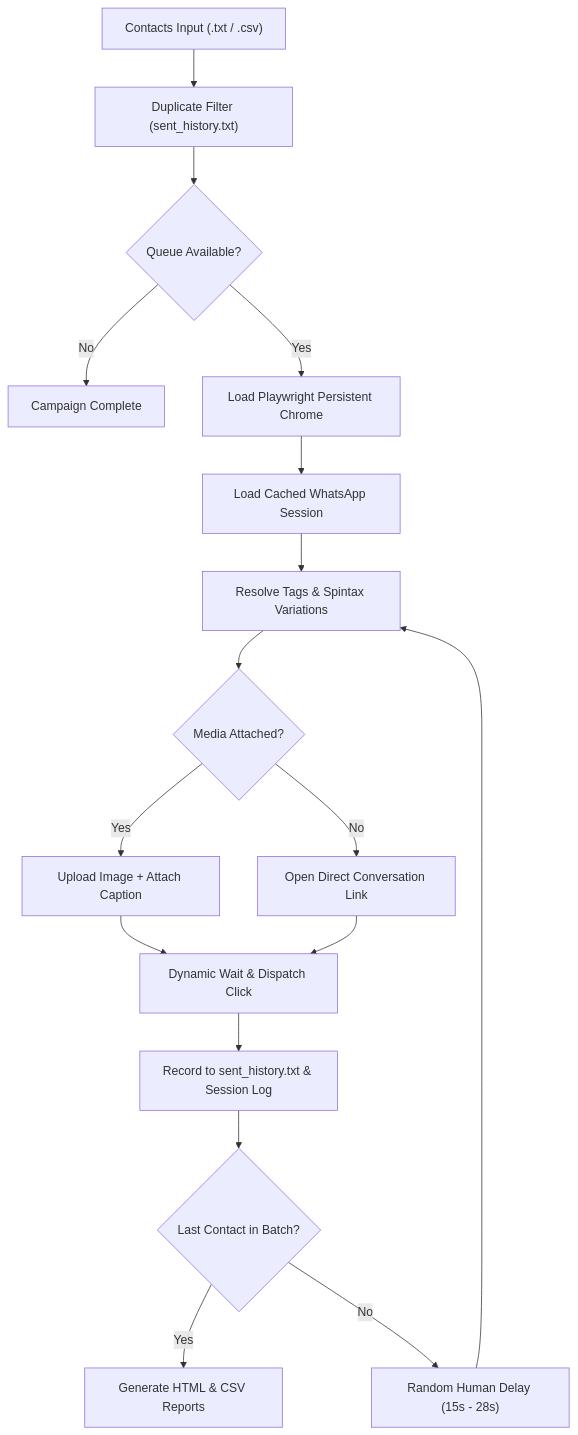
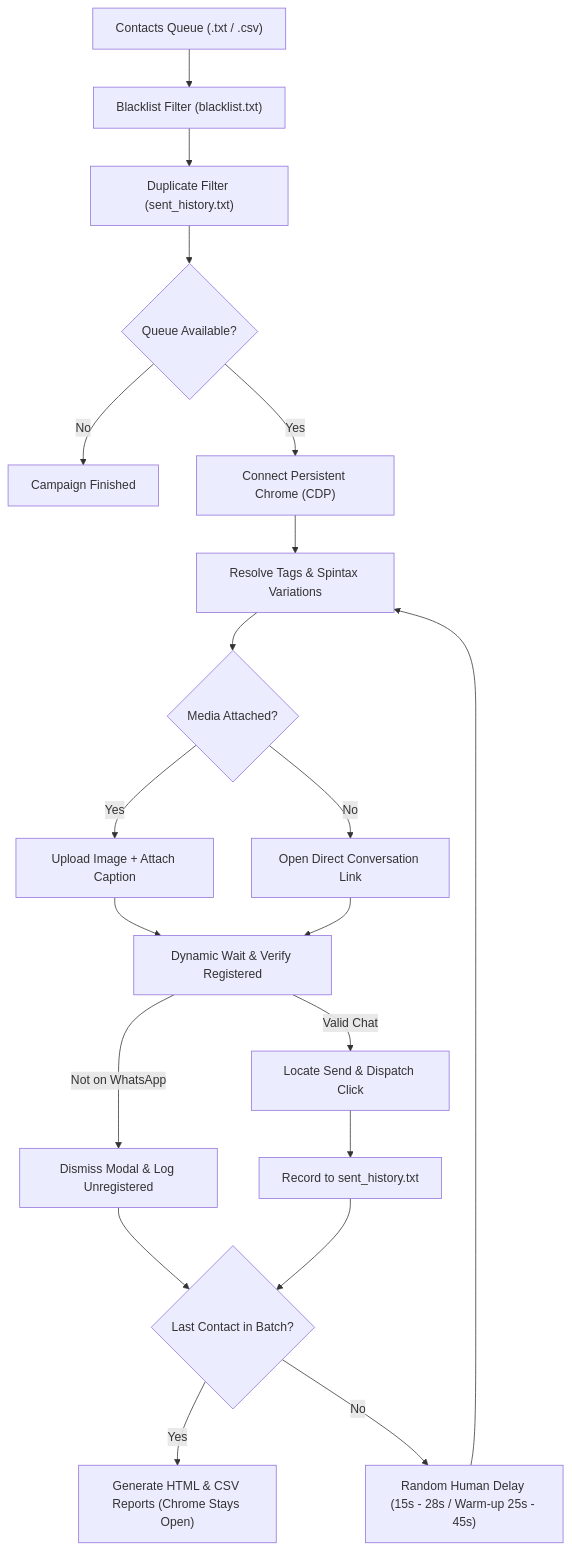
Before and after one commit to sadmandied/whatsapp-outreach-engine: the diagram in README.md, drawn with Mermaid. The commit also changed other lines of this file and 9 other files, not shown here.

Commit message:
feat: add template presets, blacklist filter, lead cleaner, multi-account, scheduler, and warmup mode

````diff
--- a/README.md
+++ b/README.md
@@ -46,19 +52,22 @@
 ```mermaid
 flowchart TD
-    A["Contacts Input (.txt / .csv)"] --> B["Duplicate Filter (sent_history.txt)"]
-    B --> C{"Queue Available?"}
-    C -- No --> D["Campaign Complete"]
-    C -- Yes --> E["Load Playwright Persistent Chrome"]
-    E --> F["Load Cached WhatsApp Session"]
+    A["Contacts Queue (.txt / .csv)"] --> B["Blacklist Filter (blacklist.txt)"]
+    B --> C["Duplicate Filter (sent_history.txt)"]
+    C --> D{"Queue Available?"}
+    D -- No --> E["Campaign Finished"]
+    D -- Yes --> F["Connect Persistent Chrome (CDP)"]
     F --> G["Resolve Tags & Spintax Variations"]
     G --> H{"Media Attached?"}
     H -- Yes --> I["Upload Image + Attach Caption"]
     H -- No --> J["Open Direct Conversation Link"]
-    I --> K["Dynamic Wait & Dispatch Click"]
+    I --> K["Dynamic Wait & Verify Registered"]
     J --> K
-    K --> L["Record to sent_history.txt & Session Log"]
-    L --> M{"Last Contact in Batch?"}
-    M -- Yes --> N["Generate HTML & CSV Reports"]
-    M -- No --> O["Random Human Delay (15s - 28s)"]
-    O --> G
+    K -- "Not on WhatsApp" --> L["Dismiss Modal & Log Unregistered"]
+    K -- "Valid Chat" --> M["Locate Send & Dispatch Click"]
+    M --> N["Record to sent_history.txt"]
+    L --> O{"Last Contact in Batch?"}
+    N --> O
+    O -- Yes --> P["Generate HTML & CSV Reports (Chrome Stays Open)"]
+    O -- No --> Q["Random Human Delay (15s - 28s / Warm-up 25s - 45s)"]
+    Q --> G
 ```
````
